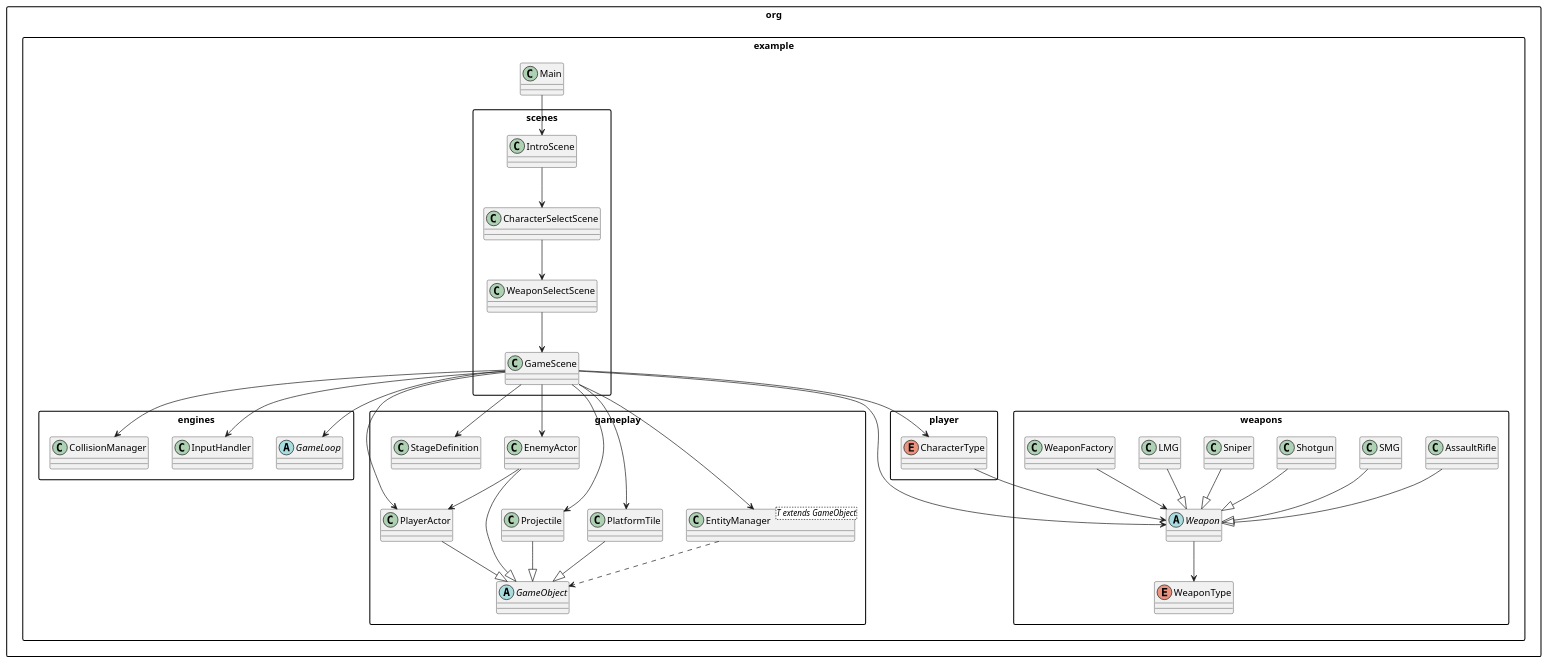
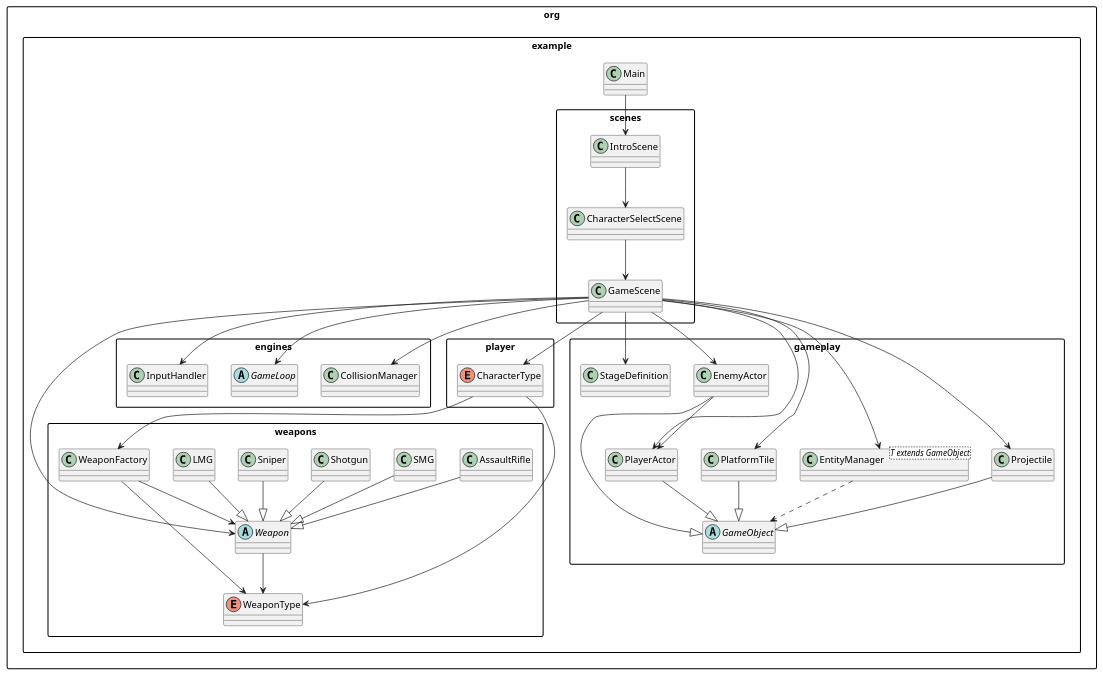
Before and after one commit to x1ren/Lair---FinalOOP-project: the diagram in docs/class-diagram.puml, drawn with PlantUML. The commit also changed 11 other files, not shown here.

Commit message:
feat(game): switch to fixed character loadouts

```diff
--- a/docs/class-diagram.puml
+++ b/docs/class-diagram.puml
@@ -1,81 +1,81 @@
 @startuml
 skinparam classAttributeIconSize 0
 skinparam packageStyle rectangle
 
 package "org.example" {
   class Main
 }
 
 package "org.example.scenes" {
   class IntroScene
   class CharacterSelectScene
-  class WeaponSelectScene
   class GameScene
 }
 
 package "org.example.player" {
   enum CharacterType
 }
 
 package "org.example.engines" {
   abstract class GameLoop
   class InputHandler
   class CollisionManager
 }
 
 package "org.example.gameplay" {
   abstract class GameObject
   class PlayerActor
   class EnemyActor
   class Projectile
   class PlatformTile
   class StageDefinition
   class "EntityManager<T extends GameObject>" as EntityManager
 }
 
 package "org.example.weapons" {
   abstract class Weapon
   class AssaultRifle
   class SMG
   class Shotgun
   class Sniper
   class LMG
   class WeaponFactory
   enum WeaponType
 }
 
 Main --> IntroScene
 IntroScene --> CharacterSelectScene
-CharacterSelectScene --> WeaponSelectScene
-WeaponSelectScene --> GameScene
+CharacterSelectScene --> GameScene
 
 GameScene --> CharacterType
 GameScene --> Weapon
 GameScene --> InputHandler
 GameScene --> CollisionManager
 GameScene --> GameLoop
 GameScene --> PlayerActor
 GameScene --> EnemyActor
 GameScene --> Projectile
 GameScene --> PlatformTile
 GameScene --> StageDefinition
 GameScene --> EntityManager
 
 PlayerActor --|> GameObject
 EnemyActor --|> GameObject
 Projectile --|> GameObject
 PlatformTile --|> GameObject
 
 EntityManager ..> GameObject
 EnemyActor --> PlayerActor
-CharacterType --> Weapon
+CharacterType --> WeaponFactory
+CharacterType --> WeaponType
 
 AssaultRifle --|> Weapon
 SMG --|> Weapon
 Shotgun --|> Weapon
 Sniper --|> Weapon
 LMG --|> Weapon
 WeaponFactory --> Weapon
+WeaponFactory --> WeaponType
 Weapon --> WeaponType
 
 @enduml
```
